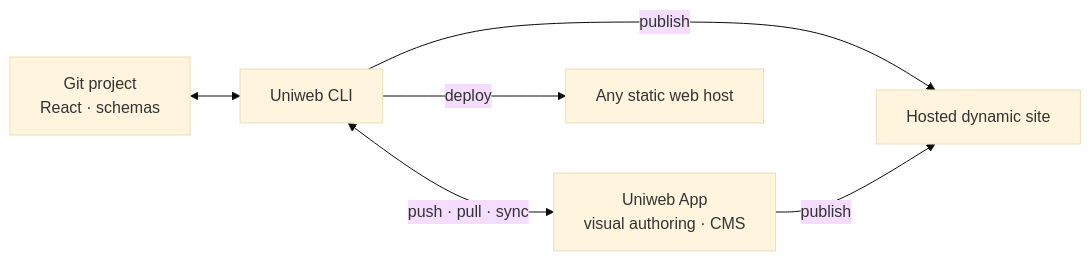
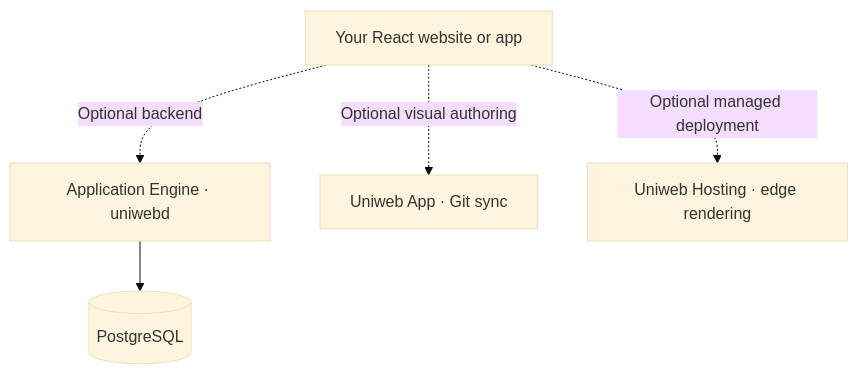
The diagram in README.md (uniweb/uniweb), drawn with Mermaid (base theme) before and after one commit. The commit also changed other lines of this file, not shown here.

````diff
--- a/README.md
+++ b/README.md
@@ -86,14 +114,8 @@
 ```mermaid
-flowchart LR
-    D["Git project<br/>React · schemas"]
-    C["Uniweb CLI"]
-    A["Uniweb App<br/>visual authoring · CMS"]
-    S["Hosted dynamic site"]
-    H["Any static web host"]
-
-    D <--> C
-    C <-->|"push · pull · sync"| A
-    C -->|"publish"| S
-    A -->|"publish"| S
-    C -->|"deploy"| H
+flowchart TB
+    Web["Your React website or app"]
+    Web -. "Optional backend" .-> Engine["Application Engine · uniwebd"]
+    Engine --> DB[("PostgreSQL")]
+    Web -. "Optional visual authoring" .-> Editor["Uniweb App · Git sync"]
+    Web -. "Optional managed deployment" .-> Cloud["Uniweb Hosting · edge rendering"]
 ```
````
